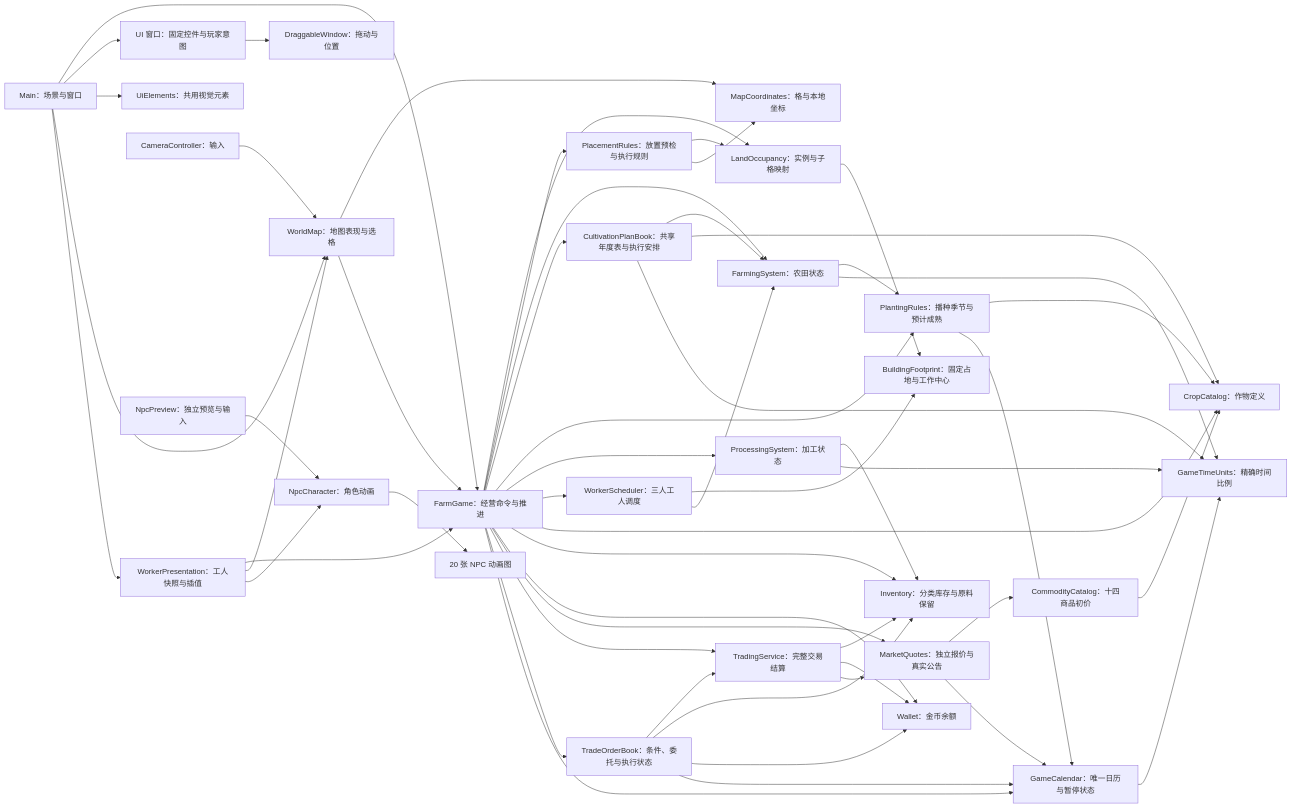
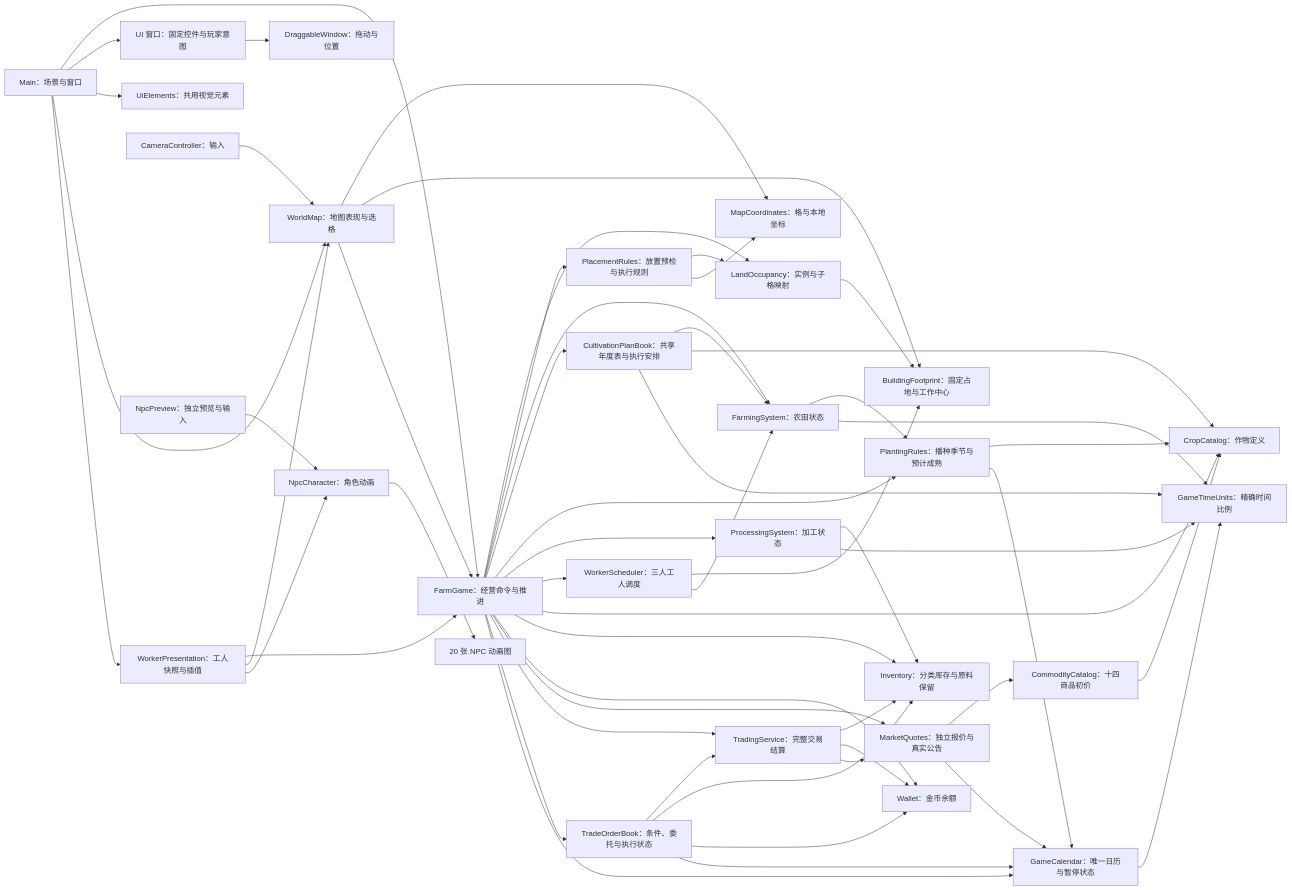
The diagram in docs/architecture/implementation-system-organization.md (Fotally/Farm-Exchange), drawn with Mermaid before and after one commit. The commit also changed other lines of this file and 32 other files, not shown here.

````diff
--- a/docs/architecture/implementation-system-organization.md
+++ b/docs/architecture/implementation-system-organization.md
@@ -5,56 +5,57 @@
 ```mermaid
 flowchart LR
     Main[Main：场景与窗口] --> FarmGame[FarmGame：经营命令与推进]
     Main --> UiWindows[UI 窗口：固定控件与玩家意图]
     UiWindows --> DragWindow[DraggableWindow：拖动与位置]
     Main --> UiStyle[UiElements：共用视觉元素]
     Main --> WorldMap[WorldMap：地图表现与选格]
     Main --> WorkerPresentation[WorkerPresentation：工人快照与插值]
     WorkerPresentation --> FarmGame
     WorkerPresentation --> WorldMap
     WorkerPresentation --> NpcCharacter[NpcCharacter：角色动画]
     Camera[CameraController：输入] --> WorldMap
     WorldMap --> MapCoordinates[MapCoordinates：格与本地坐标]
+    WorldMap --> Footprint
     WorldMap --> FarmGame
     FarmGame --> LandOccupancy[LandOccupancy：实例与子格映射]
     LandOccupancy --> Footprint[BuildingFootprint：固定占地与工作中心]
     WorkerScheduler --> Footprint
     FarmGame --> PlacementRules[PlacementRules：放置预检与执行规则]
     PlacementRules --> LandOccupancy
     PlacementRules --> MapCoordinates
     FarmGame --> FarmingSystem[FarmingSystem：农田状态]
     FarmGame --> Cultivation[CultivationPlanBook：共享年度表与执行安排]
     Cultivation --> FarmingSystem
     Cultivation --> CropCatalog
     Cultivation --> GameTimeUnits
     FarmGame --> PlantingRules[PlantingRules：播种季节与预计成熟]
     FarmGame --> ProcessingSystem[ProcessingSystem：加工状态]
     FarmGame --> WorkerScheduler[WorkerScheduler：三人工人调度]
     WorkerScheduler --> FarmingSystem
     FarmingSystem --> PlantingRules
     PlantingRules --> CropCatalog
     PlantingRules --> GameCalendar
     FarmGame --> CropCatalog[CropCatalog：作物定义]
     FarmGame --> Inventory[Inventory：分类库存与原料保留]
     ProcessingSystem --> Inventory
     FarmGame --> Wallet[Wallet：金币余额]
     FarmGame --> Market[MarketQuotes：独立报价与真实公告]
     FarmGame --> Trading[TradingService：完整交易结算]
     Trading --> Inventory
     Trading --> Wallet
     Trading --> Market
     FarmGame --> Orders[TradeOrderBook：条件、委托与执行状态]
     Orders --> Trading
     Orders --> Inventory
     Orders --> Wallet
     Orders --> GameCalendar
     Market --> CommodityCatalog[CommodityCatalog：十四商品初价]
     CommodityCatalog --> CropCatalog
     Market --> GameCalendar
     FarmGame --> GameCalendar[GameCalendar：唯一日历与暂停状态]
     FarmingSystem --> GameTimeUnits[GameTimeUnits：精确时间比例]
     ProcessingSystem --> GameTimeUnits
     GameCalendar --> GameTimeUnits
     NpcPreview[NpcPreview：独立预览与输入] --> NpcCharacter
     NpcCharacter --> NpcSheets[20 张 NPC 动画图]
 ```
````
